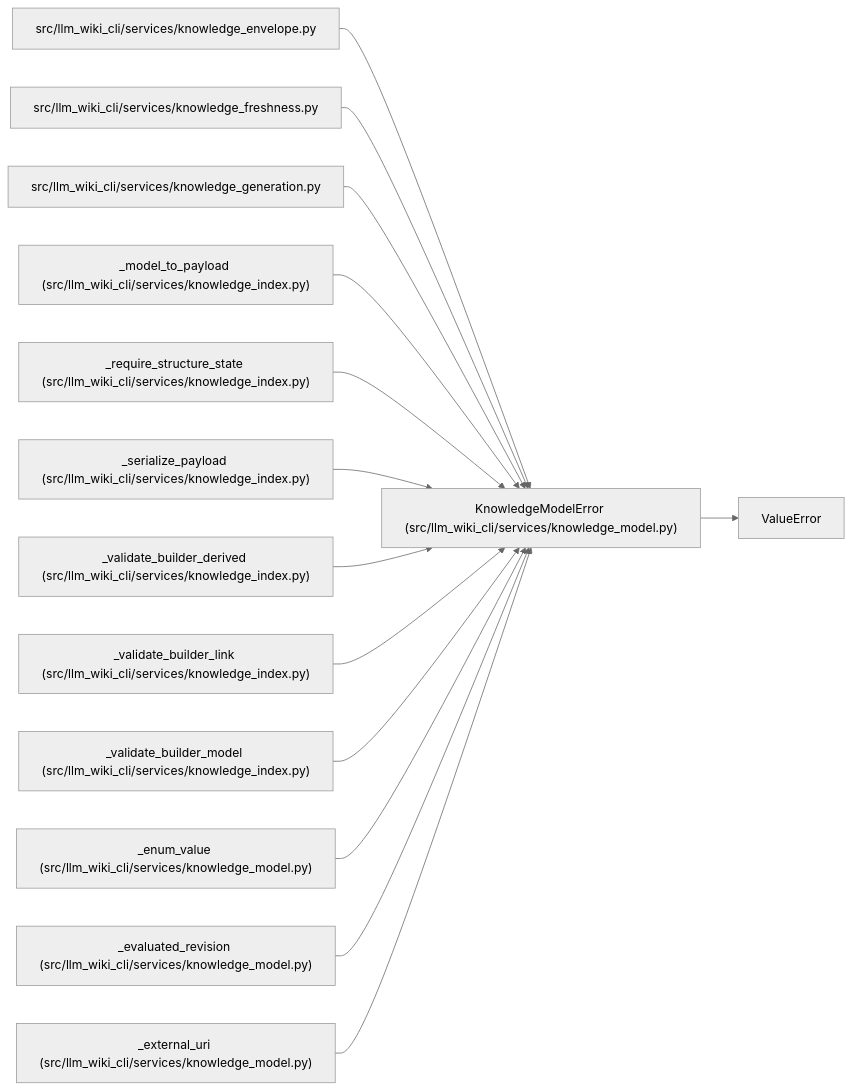
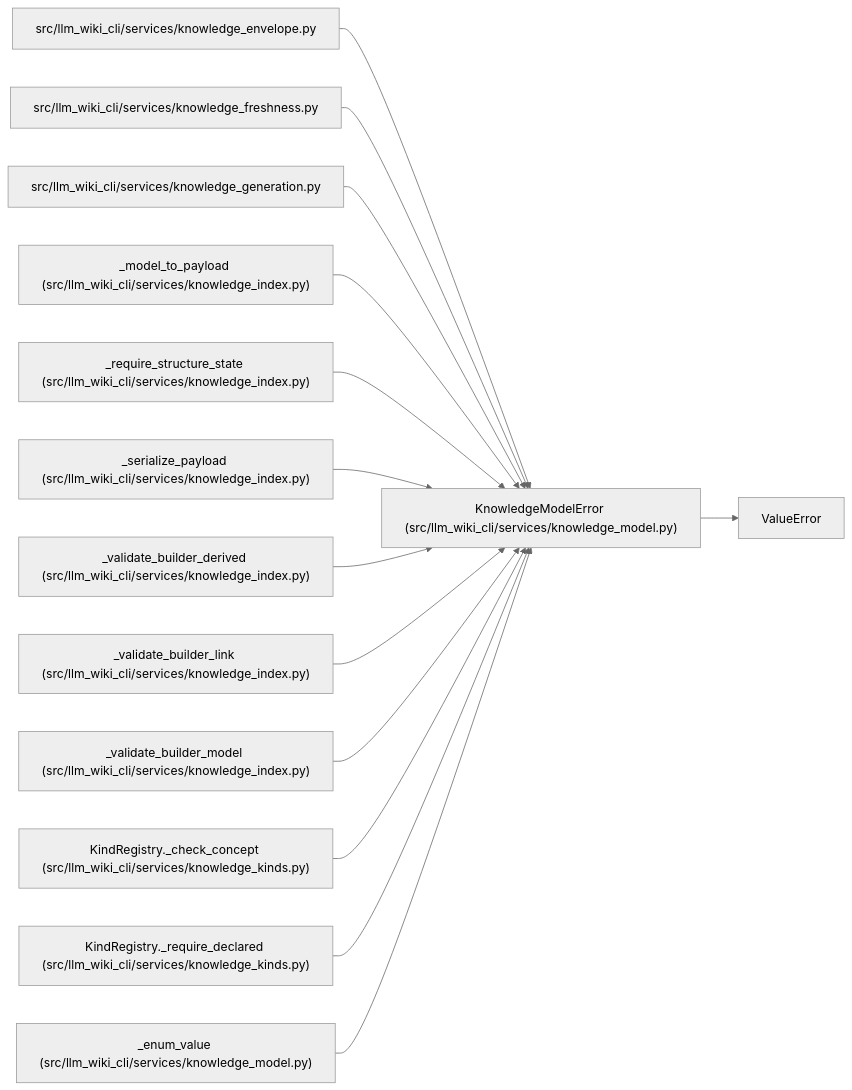
The diagram in docs/llm_wiki/entities/KnowledgeModelError.md (Denissvgn/python-wiki-llm), drawn with Mermaid (neutral theme) before and after one commit. The commit also changed other lines of this file and 1555 other files, not shown here.

````diff
--- a/docs/llm_wiki/entities/KnowledgeModelError.md
+++ b/docs/llm_wiki/entities/KnowledgeModelError.md
@@ -25,43 +25,43 @@
 ```mermaid
 flowchart LR
     n0["KnowledgeModelError (src/llm_wiki_cli/services/knowledge_model.py)"]
     n1["ValueError"]
     n2["src/llm_wiki_cli/services/knowledge_envelope.py"]
     n3["src/llm_wiki_cli/services/knowledge_freshness.py"]
     n4["src/llm_wiki_cli/services/knowledge_generation.py"]
     n5["_model_to_payload (src/llm_wiki_cli/services/knowledge_index.py)"]
     n6["_require_structure_state (src/llm_wiki_cli/services/knowledge_index.py)"]
     n7["_serialize_payload (src/llm_wiki_cli/services/knowledge_index.py)"]
     n8["_validate_builder_derived (src/llm_wiki_cli/services/knowledge_index.py)"]
     n9["_validate_builder_link (src/llm_wiki_cli/services/knowledge_index.py)"]
     n10["_validate_builder_model (src/llm_wiki_cli/services/knowledge_index.py)"]
-    n11["_enum_value (src/llm_wiki_cli/services/knowledge_model.py)"]
-    n12["_evaluated_revision (src/llm_wiki_cli/services/knowledge_model.py)"]
-    n13["_external_uri (src/llm_wiki_cli/services/knowledge_model.py)"]
+    n11["KindRegistry._check_concept (src/llm_wiki_cli/services/knowledge_kinds.py)"]
+    n12["KindRegistry._require_declared (src/llm_wiki_cli/services/knowledge_kinds.py)"]
+    n13["_enum_value (src/llm_wiki_cli/services/knowledge_model.py)"]
     n0 --> n1
     n2 --> n0
     n3 --> n0
     n4 --> n0
     n5 --> n0
     n6 --> n0
     n7 --> n0
     n8 --> n0
     n9 --> n0
     n10 --> n0
     n11 --> n0
     n12 --> n0
     n13 --> n0
     click n0 "../modules/knowledge_model.md"
     click n2 "../modules/knowledge_envelope.md"
     click n3 "../modules/knowledge_freshness.md"
     click n4 "../modules/knowledge_generation.md"
     click n5 "../modules/knowledge_index.md"
     click n6 "../modules/knowledge_index.md"
     click n7 "../modules/knowledge_index.md"
     click n8 "../modules/knowledge_index.md"
     click n9 "../modules/knowledge_index.md"
     click n10 "../modules/knowledge_index.md"
-    click n11 "../modules/knowledge_model.md"
-    click n12 "../modules/knowledge_model.md"
+    click n11 "../modules/knowledge_kinds.md"
+    click n12 "../modules/knowledge_kinds.md"
     click n13 "../modules/knowledge_model.md"
 ```
````
